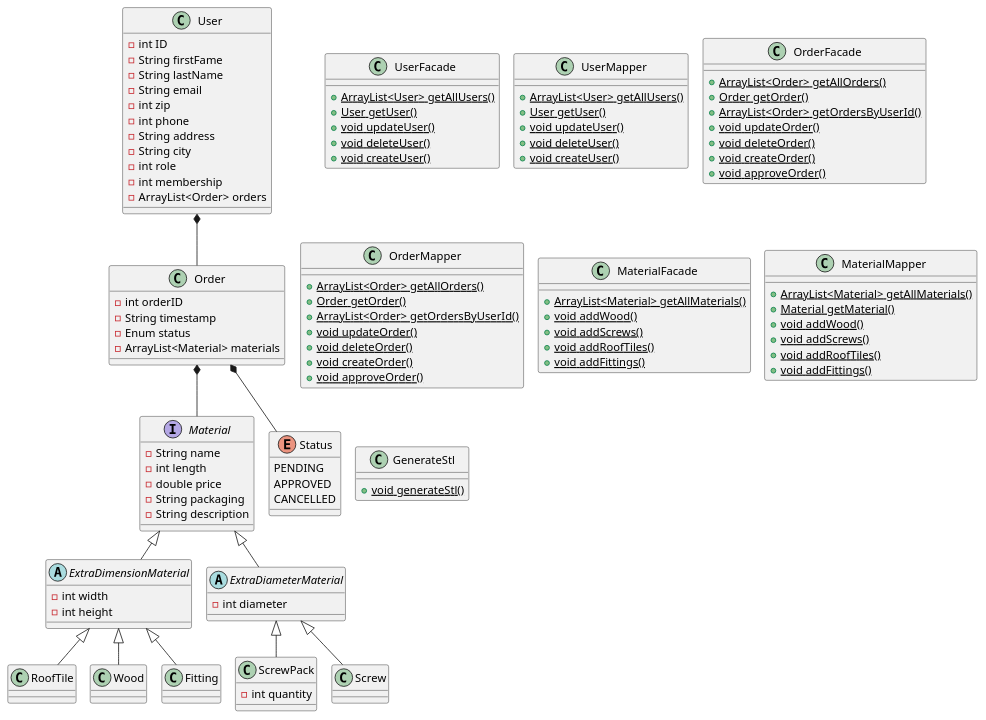
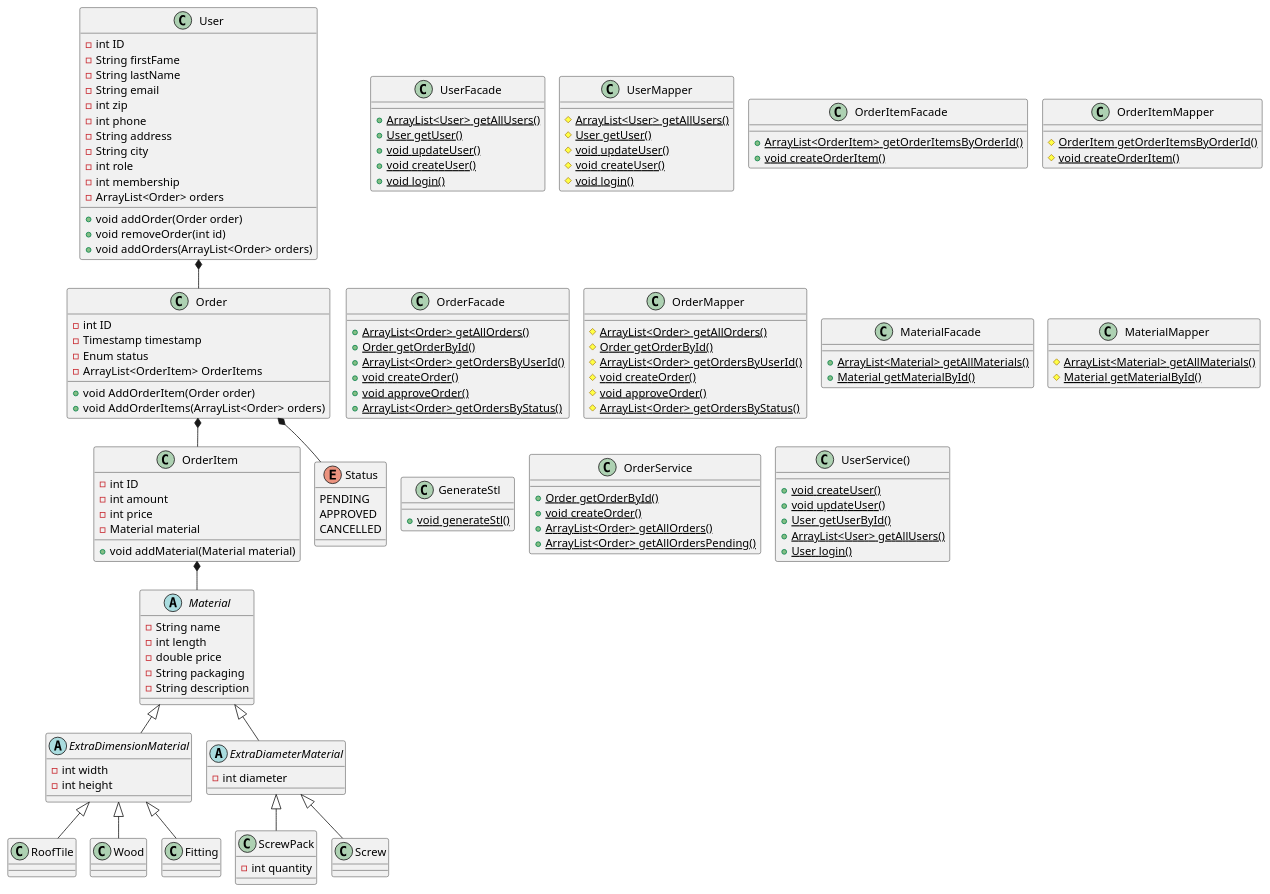
One commit to HeinLarsen/fog-carport changed the diagram in documentation/ClassDiagramV3.puml. Above: the diagram before and after it, drawn with PlantUML.

Commit message:
added updated classdiagram for further development

```diff
--- a/documentation/ClassDiagramV3.puml
+++ b/documentation/ClassDiagramV3.puml
@@ -1,135 +1,165 @@
 @startuml
 'https://plantuml.com/class-diagram
 
 !pragma layout smetana
 
 class User {
 - int ID
 - String firstFame
 - String lastName
 - String email
 - int zip
 - int phone
 - String address
 - String city
 - int role
 - int membership
 - ArrayList<Order> orders
++ void addOrder(Order order)
++ void removeOrder(int id)
++ void addOrders(ArrayList<Order> orders)
 }
 
 class UserFacade {
 + {static} ArrayList<User> getAllUsers()
 + {static} User getUser()
 + {static} void updateUser()
-+ {static} void deleteUser()
 + {static} void createUser()
++ {static} void login()
 }
 
 class UserMapper {
-+ {static} ArrayList<User> getAllUsers()
-+ {static} User getUser()
-+ {static} void updateUser()
-+ {static} void deleteUser()
-+ {static} void createUser()
+# {static} ArrayList<User> getAllUsers()
+# {static} User getUser()
+# {static} void updateUser()
+# {static} void createUser()
+# {static} void login()
+}
+
+class OrderItem {
+- int ID
+- int amount
+- int price
+- Material material
++ void addMaterial(Material material)
+}
+
+class OrderItemFacade {
++ {static} ArrayList<OrderItem> getOrderItemsByOrderId()
++ {static} void createOrderItem()
+}
+
+class OrderItemMapper {
+# {static} OrderItem getOrderItemsByOrderId()
+# {static} void createOrderItem()
 }
 
 class Order {
-- int orderID
-- String timestamp
+- int ID
+- Timestamp timestamp
 - Enum status
-- ArrayList<Material> materials
+- ArrayList<OrderItem> OrderItems
++ void AddOrderItem(Order order)
++ void AddOrderItems(ArrayList<Order> orders)
 }
 
 class OrderFacade {
 + {static} ArrayList<Order> getAllOrders()
-+ {static} Order getOrder()
++ {static} Order getOrderById()
 + {static} ArrayList<Order> getOrdersByUserId()
-+ {static} void updateOrder()
-+ {static} void deleteOrder()
 + {static} void createOrder()
 + {static} void approveOrder()
++ {static} ArrayList<Order> getOrdersByStatus()
 }
 
 class OrderMapper {
-+ {static} ArrayList<Order> getAllOrders()
-+ {static} Order getOrder()
-+ {static} ArrayList<Order> getOrdersByUserId()
-+ {static} void updateOrder()
-+ {static} void deleteOrder()
-+ {static} void createOrder()
-+ {static} void approveOrder()
+# {static} ArrayList<Order> getAllOrders()
+# {static} Order getOrderById()
+# {static} ArrayList<Order> getOrdersByUserId()
+# {static} void createOrder()
+# {static} void approveOrder()
+# {static} ArrayList<Order> getOrdersByStatus()
 }
 
 class MaterialFacade {
 + {static} ArrayList<Material> getAllMaterials()
-+ {static} void addWood()
-+ {static} void addScrews()
-+ {static} void addRoofTiles()
-+ {static} void addFittings()
++ {static} Material getMaterialById()
 }
 
 class MaterialMapper {
-+ {static} ArrayList<Material> getAllMaterials()
-+ {static} Material getMaterial()
-+ {static} void addWood()
-+ {static} void addScrews()
-+ {static} void addRoofTiles()
-+ {static} void addFittings()
+# {static} ArrayList<Material> getAllMaterials()
+# {static} Material getMaterialById()
 }
 
 class GenerateStl {
 + {static} void generateStl()
 }
 
-interface Material {
+class OrderService {
++ {static} Order getOrderById()
++ {static} void createOrder()
++ {static} ArrayList<Order> getAllOrders()
++ {static} ArrayList<Order> getAllOrdersPending()
+}
+
+class UserService() {
++ {static} void createUser()
++ {static} void updateUser()
++ {static} User getUserById()
++ {static} ArrayList<User> getAllUsers()
++ {static} User login()
+}
+
+abstract class Material {
 - String name
 - int length
 - double price
 - String packaging
 - String description
 }
 
 abstract class ExtraDimensionMaterial {
 - int width
 - int height
 }
 
 class RoofTile {
 }
 
 class Wood {
 }
 
 class Fitting {
 }
 
 abstract class ExtraDiameterMaterial {
 - int diameter
 }
 
 class ScrewPack {
 - int quantity
 }
 
 class Screw {
 }
 
 Enum Status {
     PENDING
     APPROVED
     CANCELLED
 }
 
 Material <|-- ExtraDimensionMaterial
 ExtraDimensionMaterial <|-- RoofTile
 ExtraDimensionMaterial <|-- Wood
 ExtraDimensionMaterial <|-- Fitting
 Material <|-- ExtraDiameterMaterial
 ExtraDiameterMaterial <|-- ScrewPack
 ExtraDiameterMaterial <|-- Screw
 
-Order *-- Material
+Order *-- OrderItem
+OrderItem *-- Material
 Order *-- Status
 User *-- Order
 
 @enduml
```
